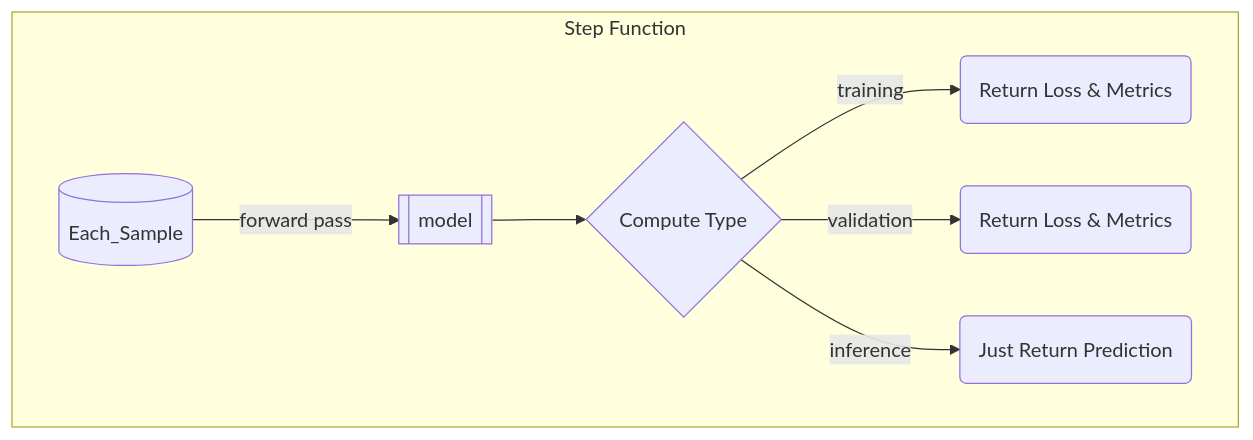
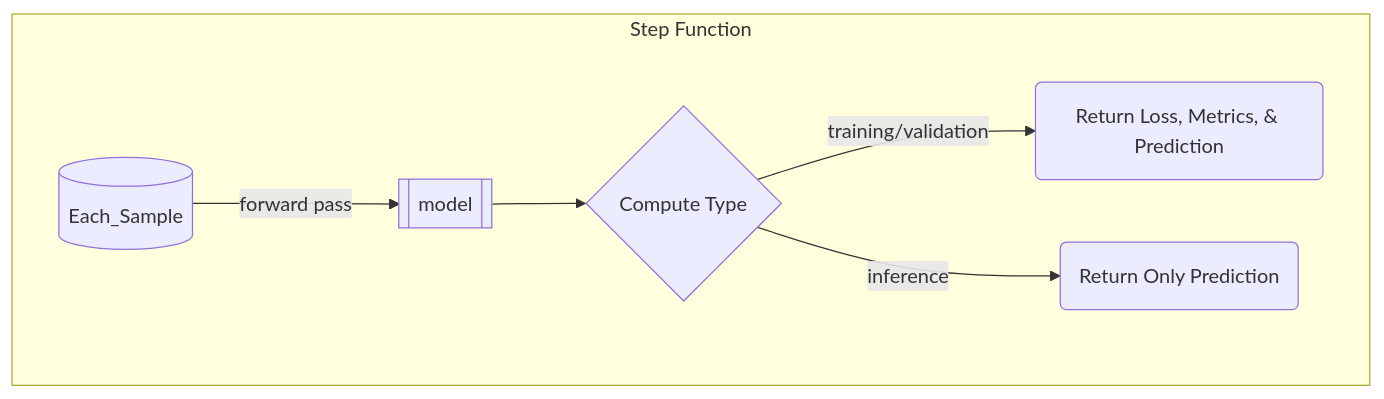
Before and after one commit to szmazurek/GaNDLF: the sixth of 6 diagrams in docs/flowchart.md, drawn with Mermaid. The commit also changed other lines of this file, not shown here.

````diff
--- a/docs/flowchart.md
+++ b/docs/flowchart.md
@@ -81,11 +83,9 @@
 ```mermaid
 flowchart TD
     subgraph Step Function
         Each_Sample[(Each_Sample)] -->|forward pass| model[[model]]
         model[[model]] --> type{Compute Type}
-        type -->|training| training_loss(Return Loss & Metrics)
-        type -->|validation| validation_loss(Return Loss & Metrics)
-        type -->|inference| inferences_metrics(Just Return Prediction)
-
+        type -->|training/validation| loss(Return Loss, Metrics, & Prediction)
+        type -->|inference| inferences_metrics(Return Only Prediction)
     end
 ```
````
